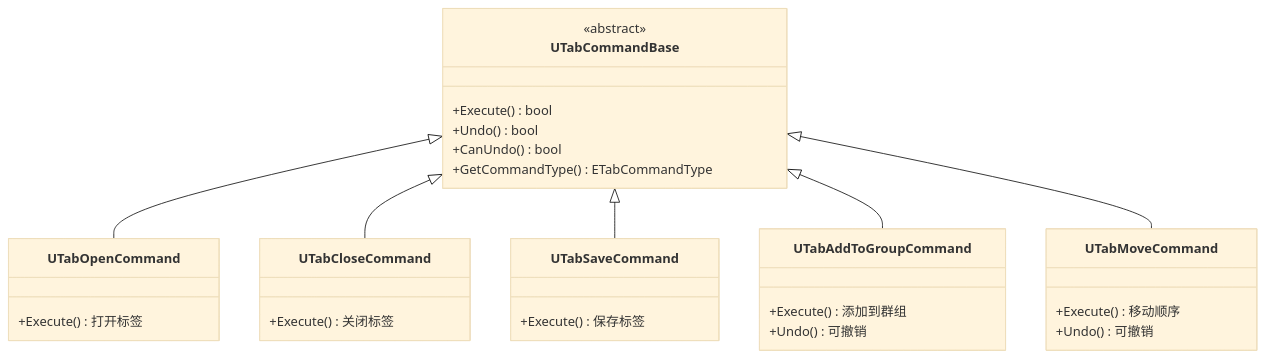
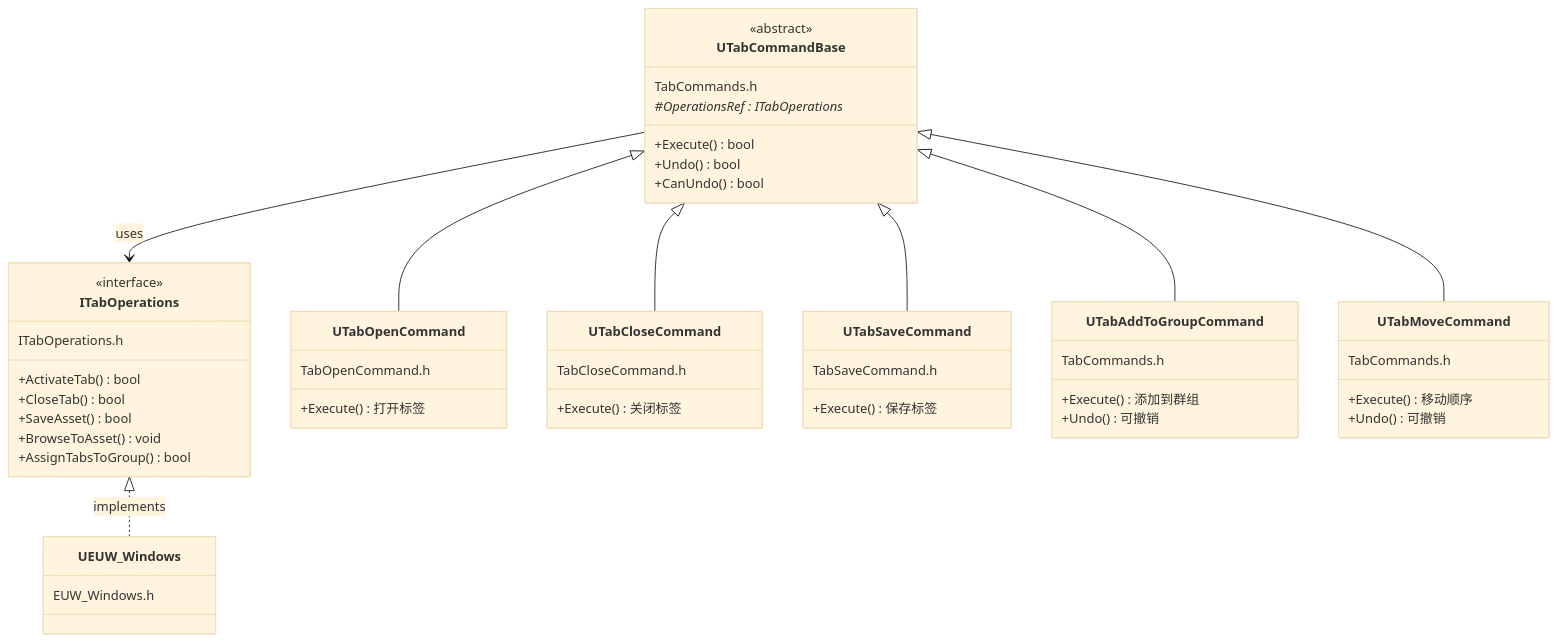
One commit to LuHZhan/PBD changed the first of 9 diagrams in Plugins/VerticalWindows/ARCHITECTURE_CN.md. Above: the diagram before and after it, drawn with Mermaid (base theme). The commit also changed other lines of this file and 47 other files, not shown here.

````diff
--- a/Plugins/VerticalWindows/ARCHITECTURE_CN.md
+++ b/Plugins/VerticalWindows/ARCHITECTURE_CN.md
@@ -15,38 +15,60 @@
 ```mermaid
 classDiagram
+    class ITabOperations {
+        <<interface>>
+        ITabOperations.h
+        +ActivateTab() bool
+        +CloseTab() bool
+        +SaveAsset() bool
+        +BrowseToAsset() void
+        +AssignTabsToGroup() bool
+    }
+    
     class UTabCommandBase {
         <<abstract>>
+        TabCommands.h
         +Execute() bool
         +Undo() bool
         +CanUndo() bool
-        +GetCommandType() ETabCommandType
+        #OperationsRef : ITabOperations*
     }
     
     class UTabOpenCommand {
+        TabOpenCommand.h
         +Execute() 打开标签
     }
     
     class UTabCloseCommand {
+        TabCloseCommand.h
         +Execute() 关闭标签
     }
     
     class UTabSaveCommand {
+        TabSaveCommand.h
         +Execute() 保存标签
     }
     
     class UTabAddToGroupCommand {
+        TabCommands.h
         +Execute() 添加到群组
         +Undo() 可撤销
     }
     
     class UTabMoveCommand {
+        TabCommands.h
         +Execute() 移动顺序
         +Undo() 可撤销
     }
     
+    class UEUW_Windows {
+        EUW_Windows.h
+    }
+    
+    ITabOperations <|.. UEUW_Windows : implements
+    UTabCommandBase --> ITabOperations : uses
     UTabCommandBase <|-- UTabOpenCommand
     UTabCommandBase <|-- UTabCloseCommand
     UTabCommandBase <|-- UTabSaveCommand
     UTabCommandBase <|-- UTabAddToGroupCommand
     UTabCommandBase <|-- UTabMoveCommand
 ```
````
